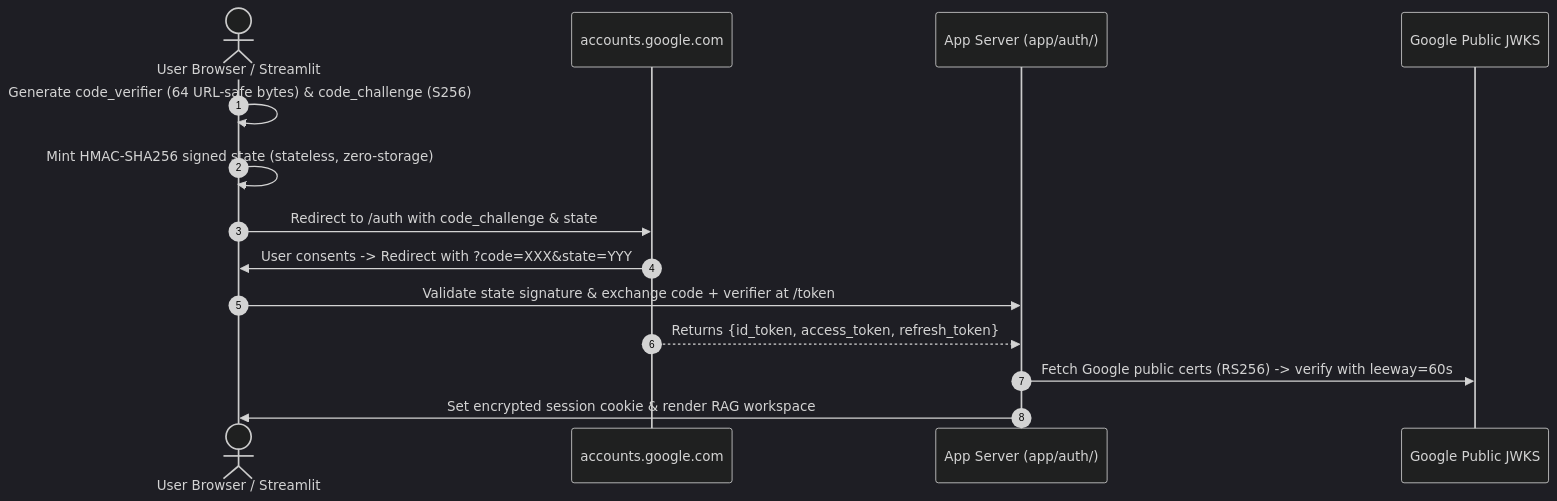
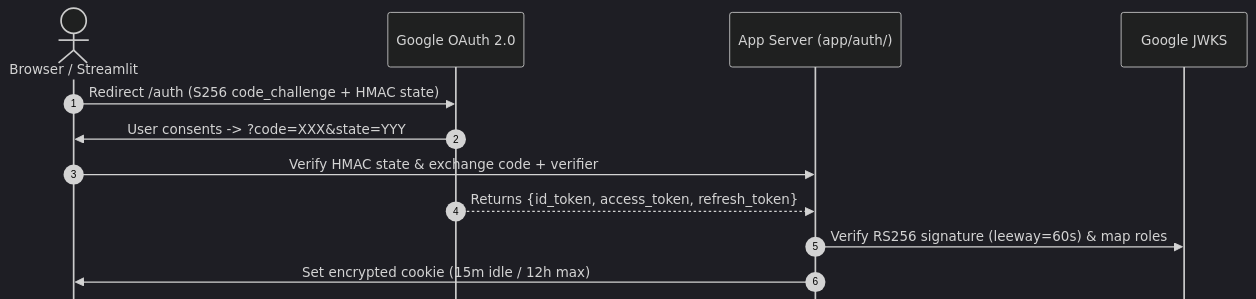
Before and after one commit to Kenono2000/enterprise-rag-pgvector-rbac: the fourth of 7 diagrams in README.md, drawn with Mermaid (dark theme). The commit also changed other lines of this file, not shown here.

Commit message:
Implement feature X to enhance user experience and optimize performance

````diff
--- a/README.md
+++ b/README.md
@@ -139,17 +103,15 @@
 ```mermaid
-%%{init: {'sequence': {'actorMargin': 30, 'boxMargin': 6, 'messageMargin': 22}}}%%
+%%{init: {'sequence': {'mirrorActors': false, 'actorMargin': 18, 'boxMargin': 4, 'messageMargin': 14}}}%%
 sequenceDiagram
     autonumber
-    actor Browser as User Browser / Streamlit
-    participant Google as accounts.google.com
+    actor Browser as Browser / Streamlit
+    participant Google as Google OAuth 2.0
     participant App as App Server (app/auth/)
-    participant JWKS as Google Public JWKS
-    Browser->>Browser: Generate code_verifier (64 URL-safe bytes) & code_challenge (S256)
-    Browser->>Browser: Mint HMAC-SHA256 signed state (stateless, zero-storage)
-    Browser->>Google: Redirect to /auth with code_challenge & state
-    Google->>Browser: User consents -> Redirect with ?code=XXX&state=YYY
-    Browser->>App: Validate state signature & exchange code + verifier at /token
+    participant JWKS as Google JWKS
+    Browser->>Google: Redirect /auth (S256 code_challenge + HMAC state)
+    Google->>Browser: User consents -> ?code=XXX&state=YYY
+    Browser->>App: Verify HMAC state & exchange code + verifier
     Google-->>App: Returns {id_token, access_token, refresh_token}
-    App->>JWKS: Fetch Google public certs (RS256) -> verify with leeway=60s
-    App->>Browser: Set encrypted session cookie & render RAG workspace
+    App->>JWKS: Verify RS256 signature (leeway=60s) & map roles
+    App->>Browser: Set encrypted cookie (15m idle / 12h max)
 ```
````
